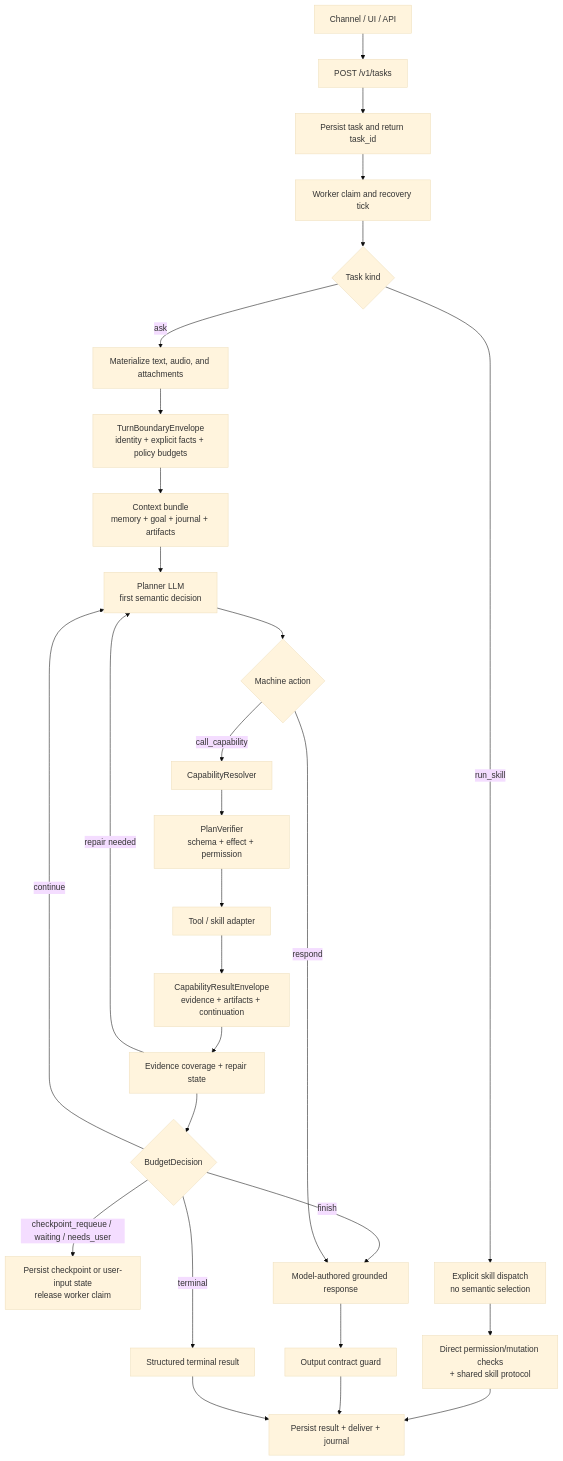
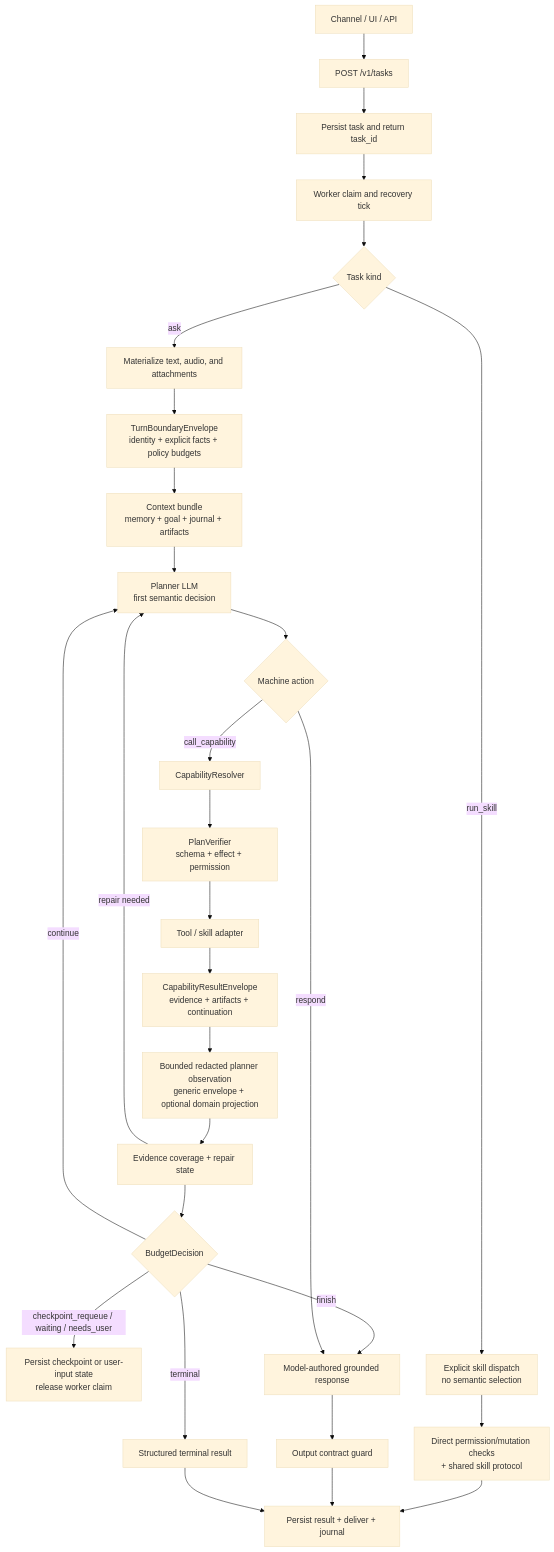
One commit to MatrixCoreX/RustClaw changed the diagram in docs/architecture/01-agent-loop.md. Above: the diagram before and after it, drawn with Mermaid (base theme). The commit also changed other lines of this file and 5 other files, not shown here.

````diff
--- a/docs/architecture/01-agent-loop.md
+++ b/docs/architecture/01-agent-loop.md
@@ -13,30 +13,31 @@
 ```mermaid
 flowchart TD
     A[Channel / UI / API] --> B[POST /v1/tasks]
     B --> C[Persist task and return task_id]
     C --> D[Worker claim and recovery tick]
     D --> E{Task kind}
     E -->|ask| F[Materialize text, audio, and attachments]
     F --> G[TurnBoundaryEnvelope<br/>identity + explicit facts + policy budgets]
     G --> H[Context bundle<br/>memory + goal + journal + artifacts]
     H --> I[Planner LLM<br/>first semantic decision]
     I --> J{Machine action}
     J -->|call_capability| K[CapabilityResolver]
     K --> L[PlanVerifier<br/>schema + effect + permission]
     L --> M[Tool / skill adapter]
     M --> N[CapabilityResultEnvelope<br/>evidence + artifacts + continuation]
-    N --> O[Evidence coverage + repair state]
+    N --> NX[Bounded redacted planner observation<br/>generic envelope + optional domain projection]
+    NX --> O[Evidence coverage + repair state]
     O -->|repair needed| I
     O --> P{BudgetDecision}
     P -->|continue| I
     P -->|checkpoint_requeue / waiting / needs_user| U[Persist checkpoint or user-input state<br/>release worker claim]
     P -->|finish| Q[Model-authored grounded response]
     P -->|terminal| V[Structured terminal result]
     J -->|respond| Q
     E -->|run_skill| R[Explicit skill dispatch<br/>no semantic selection]
     R --> W[Direct permission/mutation checks<br/>+ shared skill protocol]
     W --> T
     Q --> S[Output contract guard]
     S --> T[Persist result + deliver + journal]
     V --> T
 ```
````
